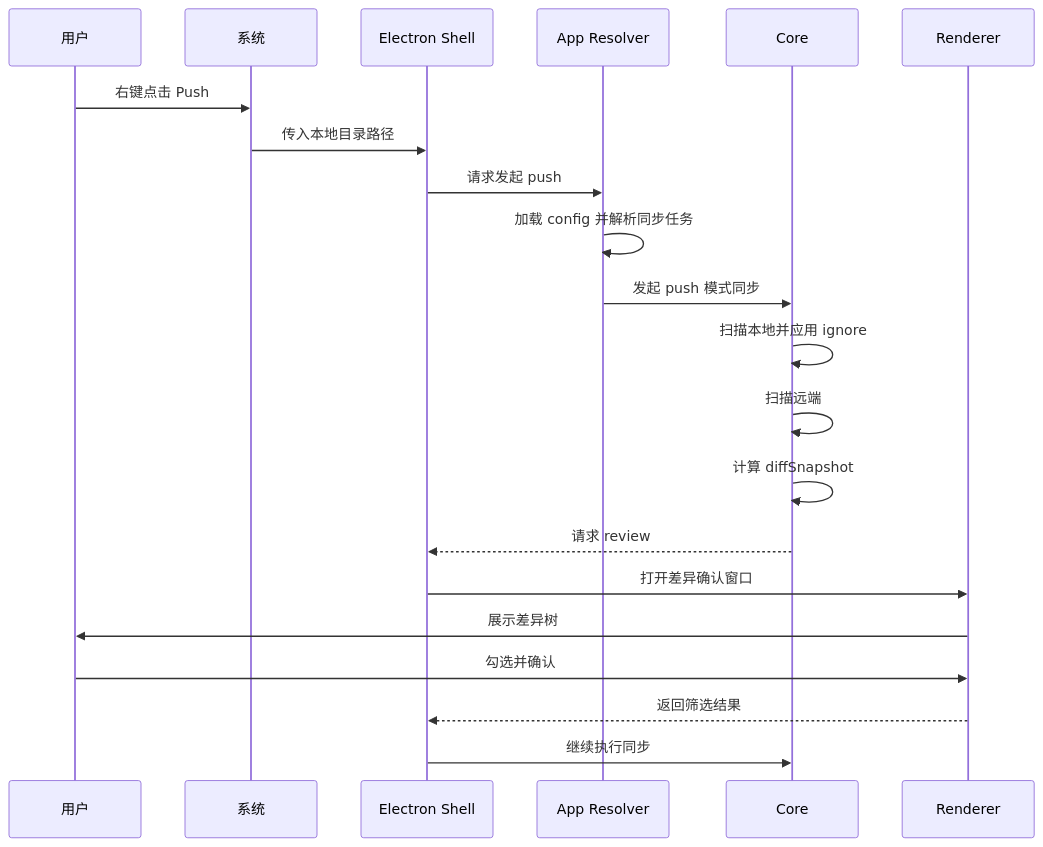
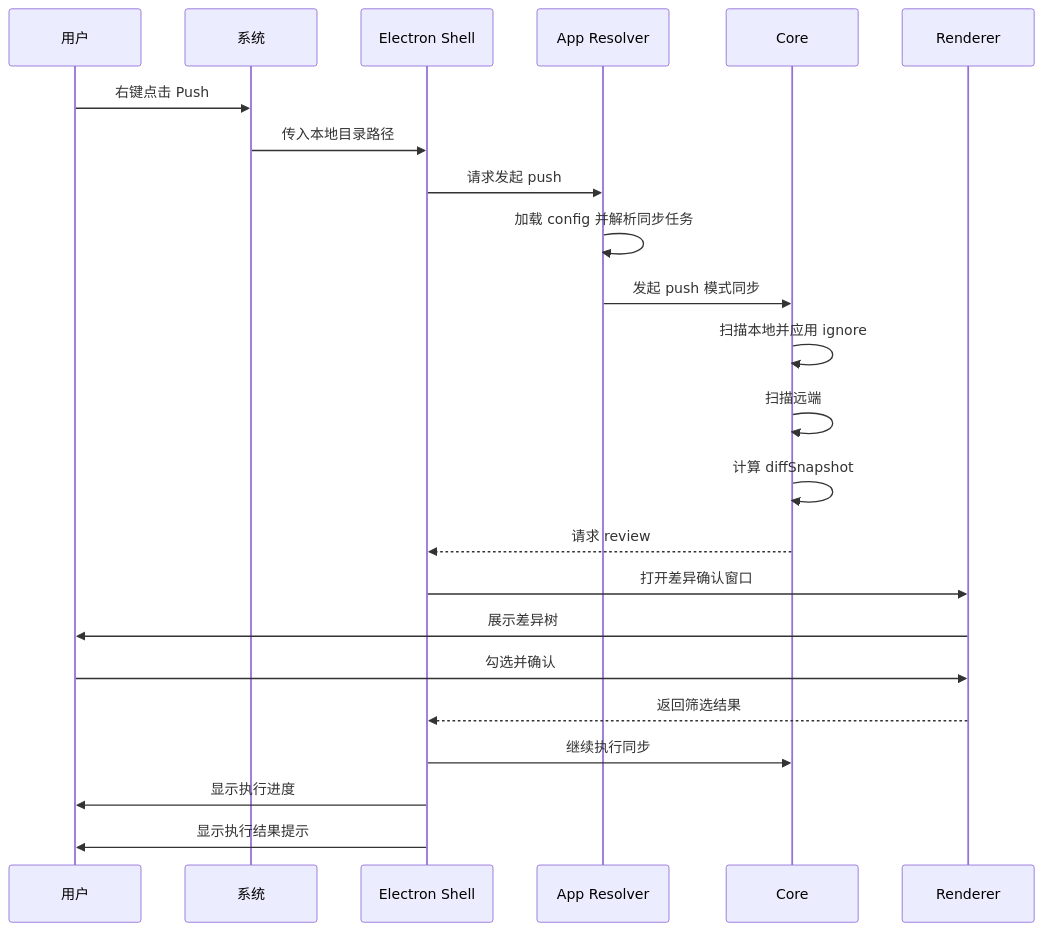
Before and after one commit to agalloch21/sync-with-rclone: the second of 7 diagrams in docs/Flows.md, drawn with Mermaid. The commit also changed other lines of this file and 45 other files, not shown here.

````diff
--- a/docs/Flows.md
+++ b/docs/Flows.md
@@ -56,24 +67,26 @@
 ```mermaid
 sequenceDiagram
   participant U as 用户
   participant OS as 系统
   participant M as Electron Shell
   participant A as App Resolver
   participant C as Core
   participant R as Renderer
 
   U->>OS: 右键点击 Push
   OS->>M: 传入本地目录路径
   M->>A: 请求发起 push
   A->>A: 加载 config 并解析同步任务
   A->>C: 发起 push 模式同步
   C->>C: 扫描本地并应用 ignore
   C->>C: 扫描远端
   C->>C: 计算 diffSnapshot
   C-->>M: 请求 review
   M->>R: 打开差异确认窗口
   R->>U: 展示差异树
   U->>R: 勾选并确认
   R-->>M: 返回筛选结果
   M->>C: 继续执行同步
+  M->>U: 显示执行进度
+  M->>U: 显示执行结果提示
 ```
````
